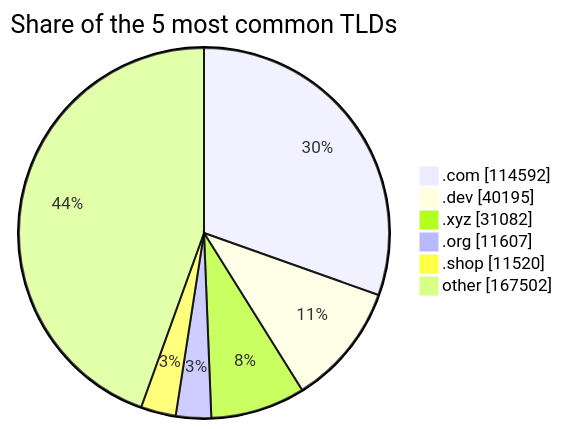
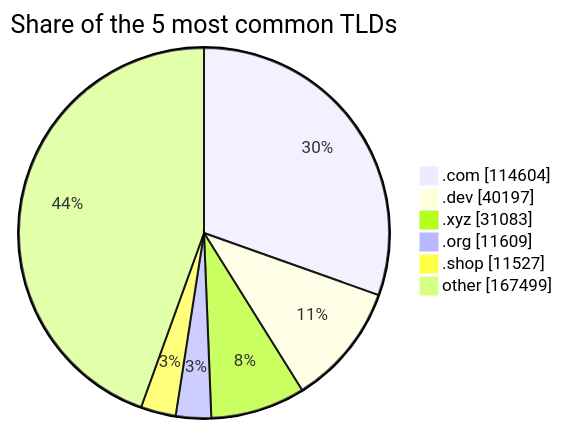
Before and after one commit to DNSBunker/CTI: the third of 3 diagrams in README.md, drawn with Mermaid. The commit also changed other lines of this file and 3 other files, not shown here.

````diff
--- a/README.md
+++ b/README.md
@@ -81,9 +81,9 @@
 ```mermaid
 pie showData title Share of the 5 most common TLDs
-    ".com" : 114592
-    ".dev" : 40195
-    ".xyz" : 31082
-    ".org" : 11607
-    ".shop" : 11520
-    "other" : 167502
+    ".com" : 114604
+    ".dev" : 40197
+    ".xyz" : 31083
+    ".org" : 11609
+    ".shop" : 11527
+    "other" : 167499
 ```
````
